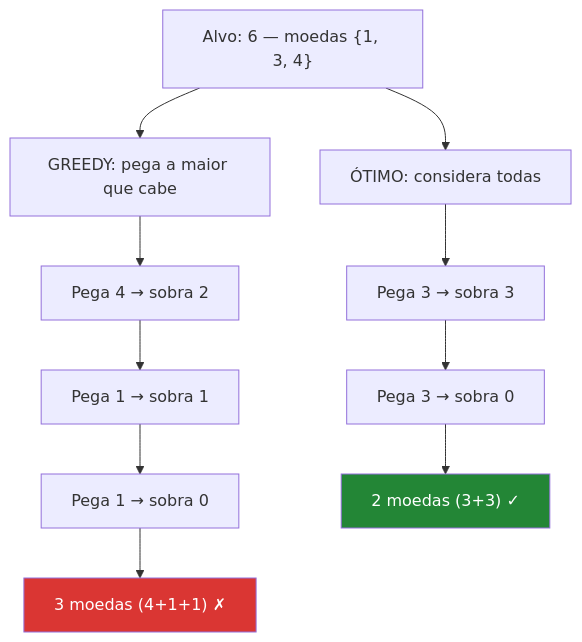
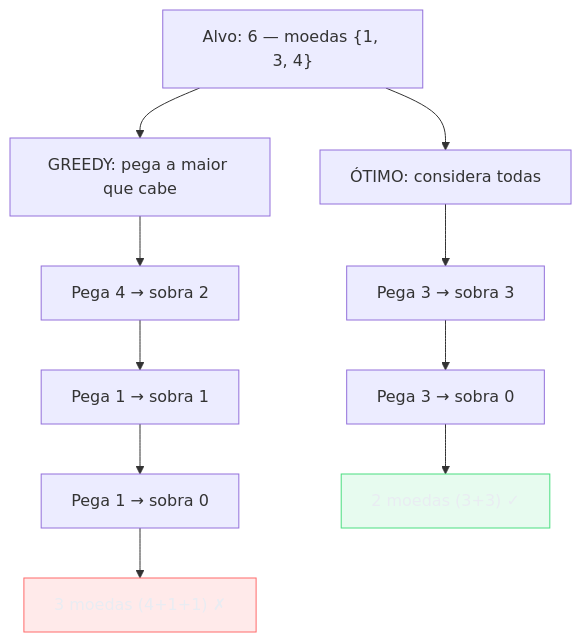
The fourth of 6 diagrams in 03-Dominios/Ciência/Algoritmos/11 - Greedy.md (josenaldo/codex-technomanticus), drawn with Mermaid before and after one commit. The commit also changed other lines of this file and 1181 other files, not shown here.

First line of the commit message:
fix(diagramas): paleta do sistema no lugar de cor cravada no markdown

````diff
--- a/03-Dominios/Ciência/Algoritmos/11 - Greedy.md
+++ b/03-Dominios/Ciência/Algoritmos/11 - Greedy.md
@@ -191,18 +198,20 @@
 ```mermaid
 flowchart TD
+    classDef falha fill:#FF6B6B24,stroke:#FF6B6B,color:#E9ECF2
+    classDef ok fill:#4ADE8021,stroke:#4ADE80,color:#E9ECF2
     Alvo["Alvo: 6 — moedas {1, 3, 4}"]
     Alvo --> G["GREEDY: pega a maior que cabe"]
     Alvo --> O["ÓTIMO: considera todas"]
 
     G --> G1["Pega 4 → sobra 2"]
     G1 --> G2["Pega 1 → sobra 1"]
     G2 --> G3["Pega 1 → sobra 0"]
     G3 --> GR["3 moedas (4+1+1) ✗"]
 
     O --> O1["Pega 3 → sobra 3"]
     O1 --> O2["Pega 3 → sobra 0"]
     O2 --> OR["2 moedas (3+3) ✓"]
 
-    style GR fill:#da3633,color:#fff
-    style OR fill:#238636,color:#fff
+    class GR falha
+    class OR ok
 ```
````
